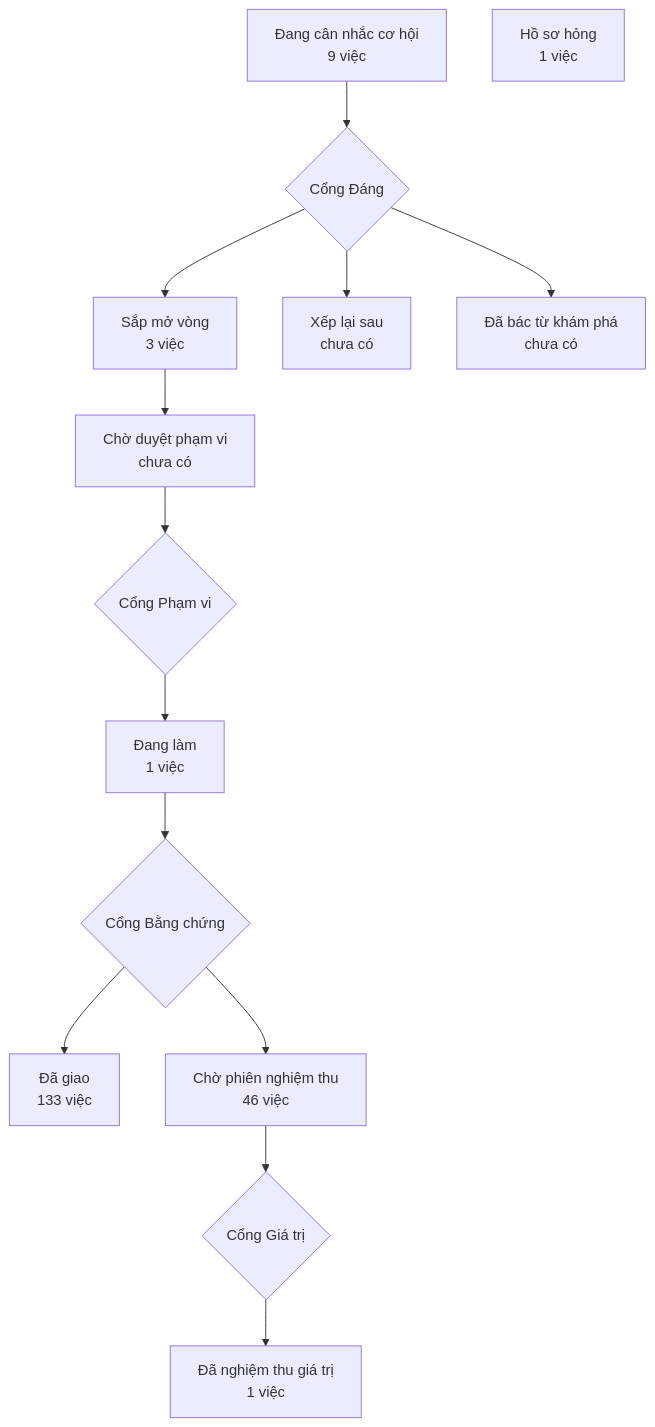
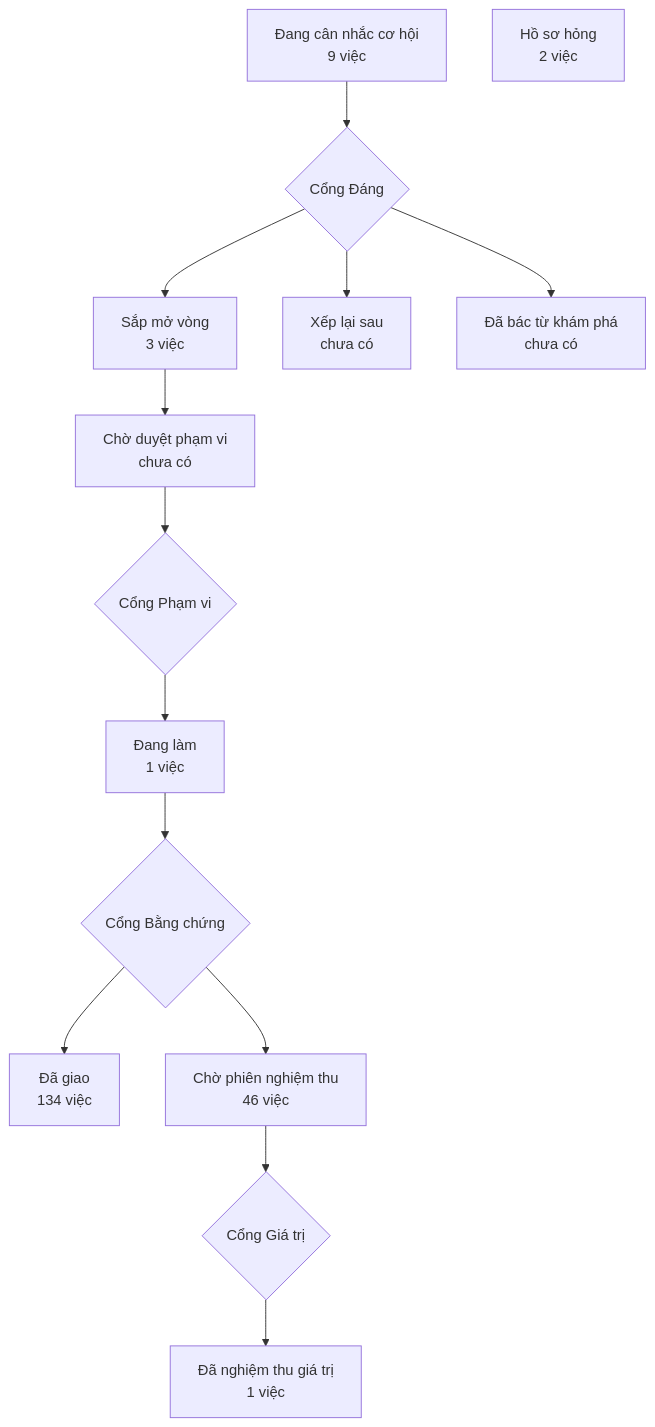
Before and after one commit to phanlemanh/crm-onehub: the diagram in PRODUCT-MAP.md, drawn with Mermaid. The commit also changed other lines of this file, not shown here.

Commit message:
chore: vẽ lại bản đồ sản phẩm sau ghim lại

````diff
--- a/PRODUCT-MAP.md
+++ b/PRODUCT-MAP.md
@@ -7,13 +7,13 @@
 ```mermaid
 flowchart TD
   A["Đang cân nhắc cơ hội<br/>9 việc"] --> GD{"Cổng Đáng"}
   GD --> B["Sắp mở vòng<br/>3 việc"]
   GD --> XL["Xếp lại sau<br/>chưa có"]
   GD --> DB["Đã bác từ khám phá<br/>chưa có"]
   B --> CD["Chờ duyệt phạm vi<br/>chưa có"] --> GP{"Cổng Phạm vi"}
   GP --> DL["Đang làm<br/>1 việc"] --> GB{"Cổng Bằng chứng"}
-  GB --> DG["Đã giao<br/>133 việc"]
+  GB --> DG["Đã giao<br/>134 việc"]
   GB --> CN["Chờ phiên nghiệm thu<br/>46 việc"] --> GG{"Cổng Giá trị"}
   GG --> NT["Đã nghiệm thu giá trị<br/>1 việc"]
-  HS["Hồ sơ hỏng<br/>1 việc"]
+  HS["Hồ sơ hỏng<br/>2 việc"]
 ```
````
